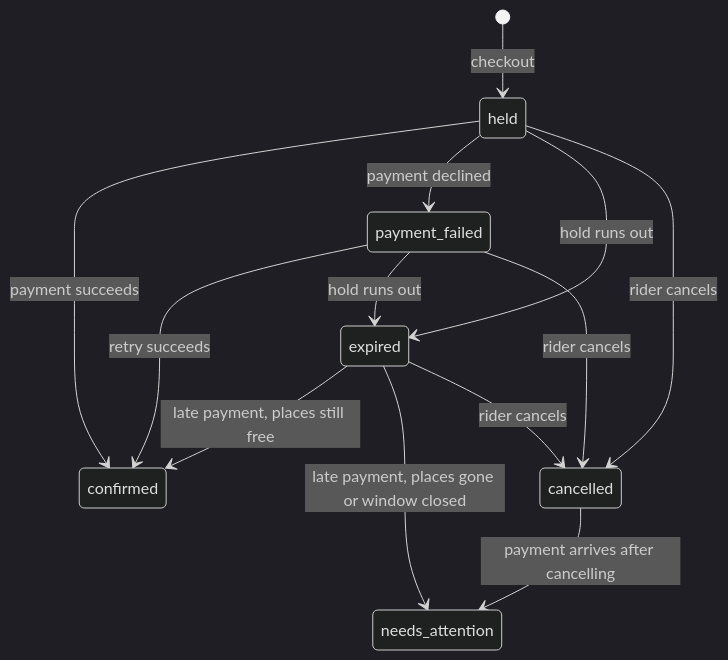
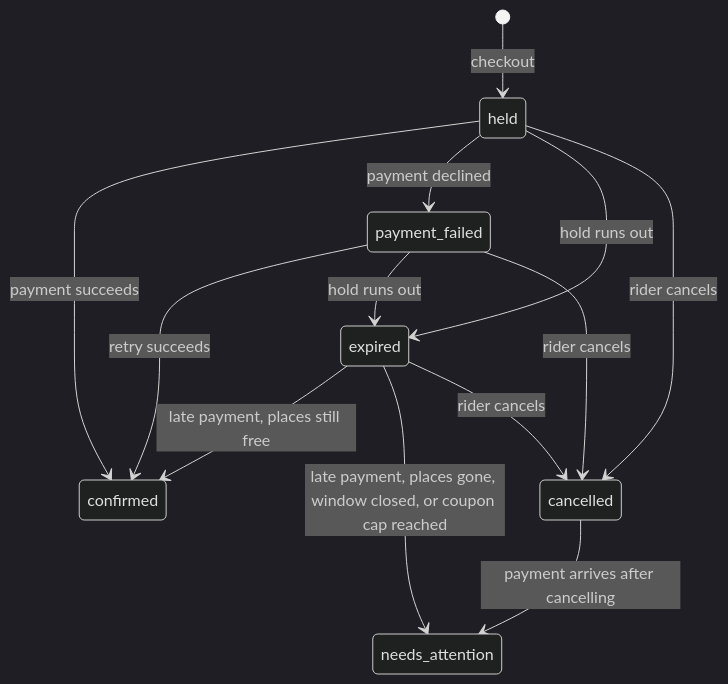
The second of 2 diagrams in DATA_MODEL.md (kchan1028/event-registration), drawn with Mermaid (dark theme) before and after one commit. The commit also changed other lines of this file and 18 other files, not shown here.

````diff
--- a/DATA_MODEL.md
+++ b/DATA_MODEL.md
@@ -354,15 +379,15 @@
 ```mermaid
 stateDiagram-v2
     [*] --> held: checkout
     held --> confirmed: payment succeeds
     held --> payment_failed: payment declined
     payment_failed --> confirmed: retry succeeds
     held --> expired: hold runs out
     payment_failed --> expired: hold runs out
     expired --> confirmed: late payment, places still free
-    expired --> needs_attention: late payment, places gone or window closed
+    expired --> needs_attention: late payment, places gone, window closed, or coupon cap reached
     held --> cancelled: rider cancels
     payment_failed --> cancelled: rider cancels
     expired --> cancelled: rider cancels
     cancelled --> needs_attention: payment arrives after cancelling
 ```
````
